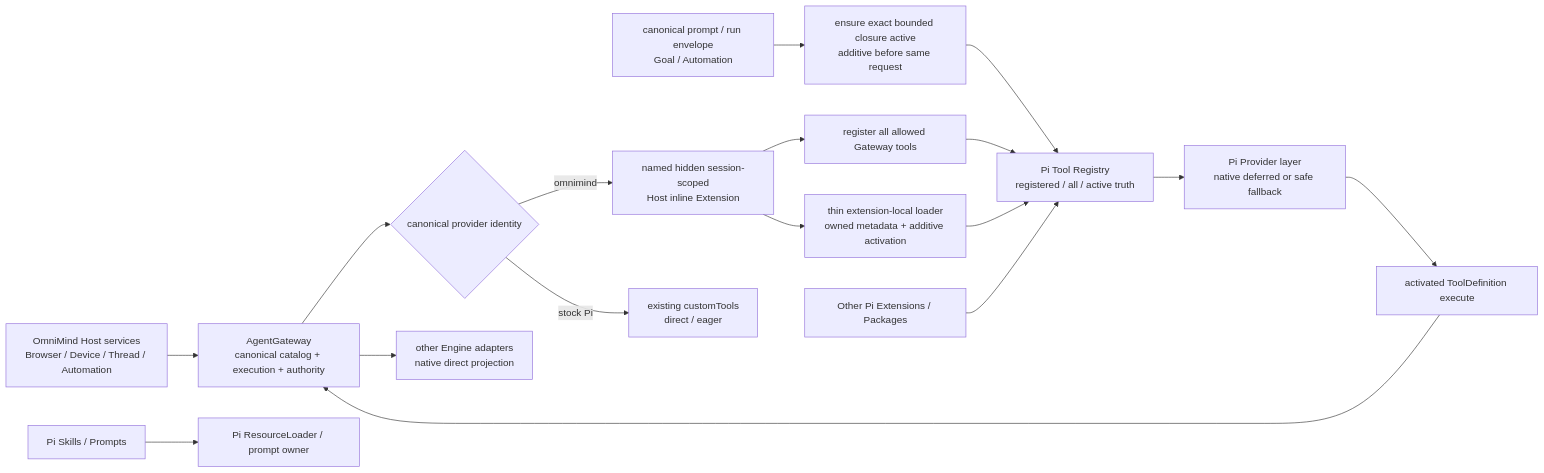
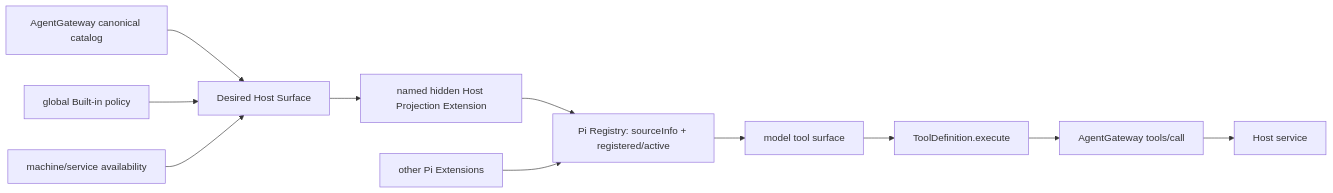
One commit to piai-lab/Haros changed the diagram in research/pi-native-host-tool-loading-review.md. Above: the diagram before and after it, drawn with Mermaid. The commit also changed other lines of this file and 12 other files, not shown here.

Commit message:
docs(architecture): define OmniMind Extension Architecture 1.0

````diff
--- a/research/pi-native-host-tool-loading-review.md
+++ b/research/pi-native-host-tool-loading-review.md
@@ -185,21 +165,16 @@
 ```mermaid
 flowchart LR
-    H["OmniMind Host services<br/>Browser / Device / Thread / Automation"]
-    G["AgentGateway<br/>canonical catalog + execution + authority"]
-    H --> G
-    G --> I{"canonical provider identity"}
-    I -->|omnimind| X["named hidden session-scoped<br/>Host inline Extension"]
-    X --> T["register all allowed Gateway tools"]
-    X --> L["thin extension-local loader<br/>owned metadata + additive activation"]
-    C["canonical prompt / run envelope<br/>Goal / Automation"] --> A["ensure exact bounded closure active<br/>additive before same request"]
-    A --> R
-    T --> R["Pi Tool Registry<br/>registered / all / active truth"]
-    L --> R
-    R --> W["Pi Provider layer<br/>native deferred or safe fallback"]
-    W --> E["activated ToolDefinition execute"]
-    E --> G
-    I -->|stock Pi| P["existing customTools<br/>direct / eager"]
-    G --> N["other Engine adapters<br/>native direct projection"]
-    Q["Other Pi Extensions / Packages"] --> R
-    S["Pi Skills / Prompts"] --> U["Pi ResourceLoader / prompt owner"]
+    C["AgentGateway canonical catalog"]
+    P["global Built-in policy"]
+    A["machine/service availability"]
+    C --> F["Desired Host Surface"]
+    P --> F
+    A --> F
+    F --> I["named hidden Host Projection Extension"]
+    I --> R["Pi Registry: sourceInfo + registered/active"]
+    R --> M["model tool surface"]
+    M --> X["ToolDefinition.execute"]
+    X --> G["AgentGateway tools/call"]
+    G --> H["Host service"]
+    E["other Pi Extensions"] --> R
 ```
````
